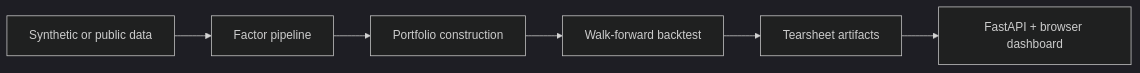
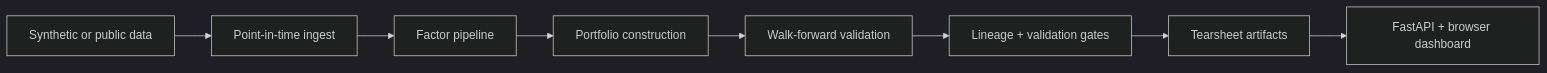
The diagram in README.md (fatimmajumder/quant-research-lab), drawn with Mermaid (dark theme) before and after one commit. The commit also changed other lines of this file and 26 other files, not shown here.

````diff
--- a/README.md
+++ b/README.md
@@ -37,8 +44,10 @@
 ```mermaid
 flowchart LR
-    A["Synthetic or public data"] --> B["Factor pipeline"]
-    B --> C["Portfolio construction"]
-    C --> D["Walk-forward backtest"]
-    D --> E["Tearsheet artifacts"]
-    E --> F["FastAPI + browser dashboard"]
+    A["Synthetic or public data"] --> B["Point-in-time ingest"]
+    B --> C["Factor pipeline"]
+    C --> D["Portfolio construction"]
+    D --> E["Walk-forward validation"]
+    E --> F["Lineage + validation gates"]
+    F --> G["Tearsheet artifacts"]
+    G --> H["FastAPI + browser dashboard"]
 ```
````
